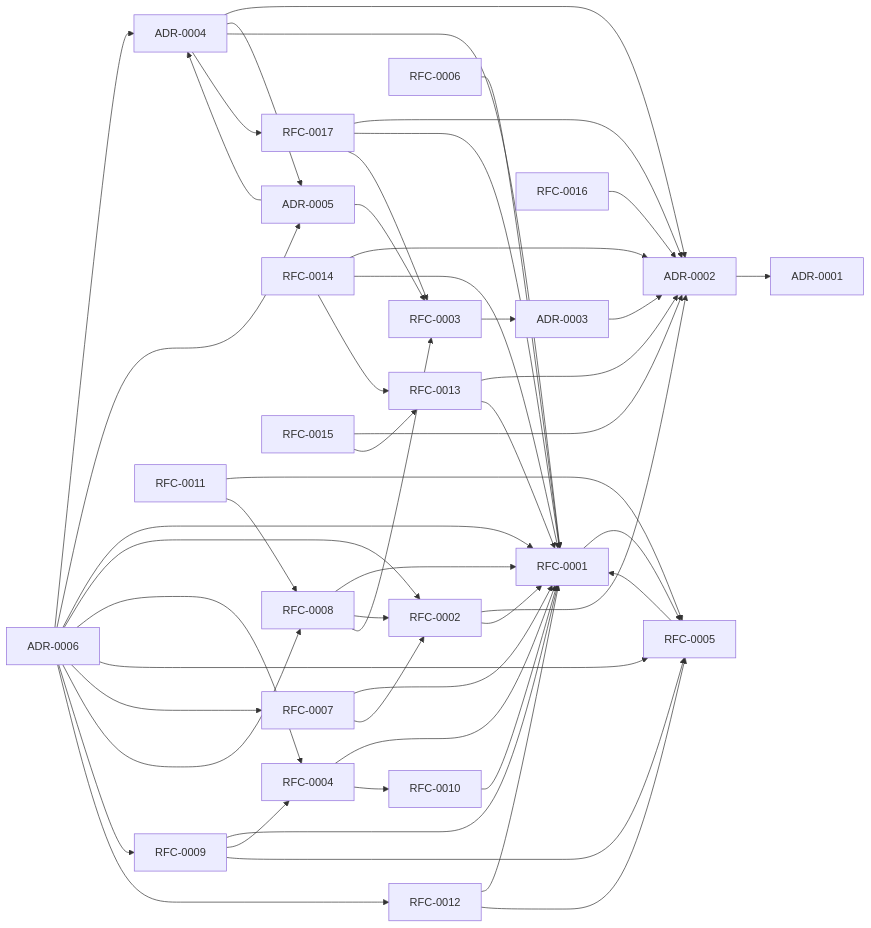
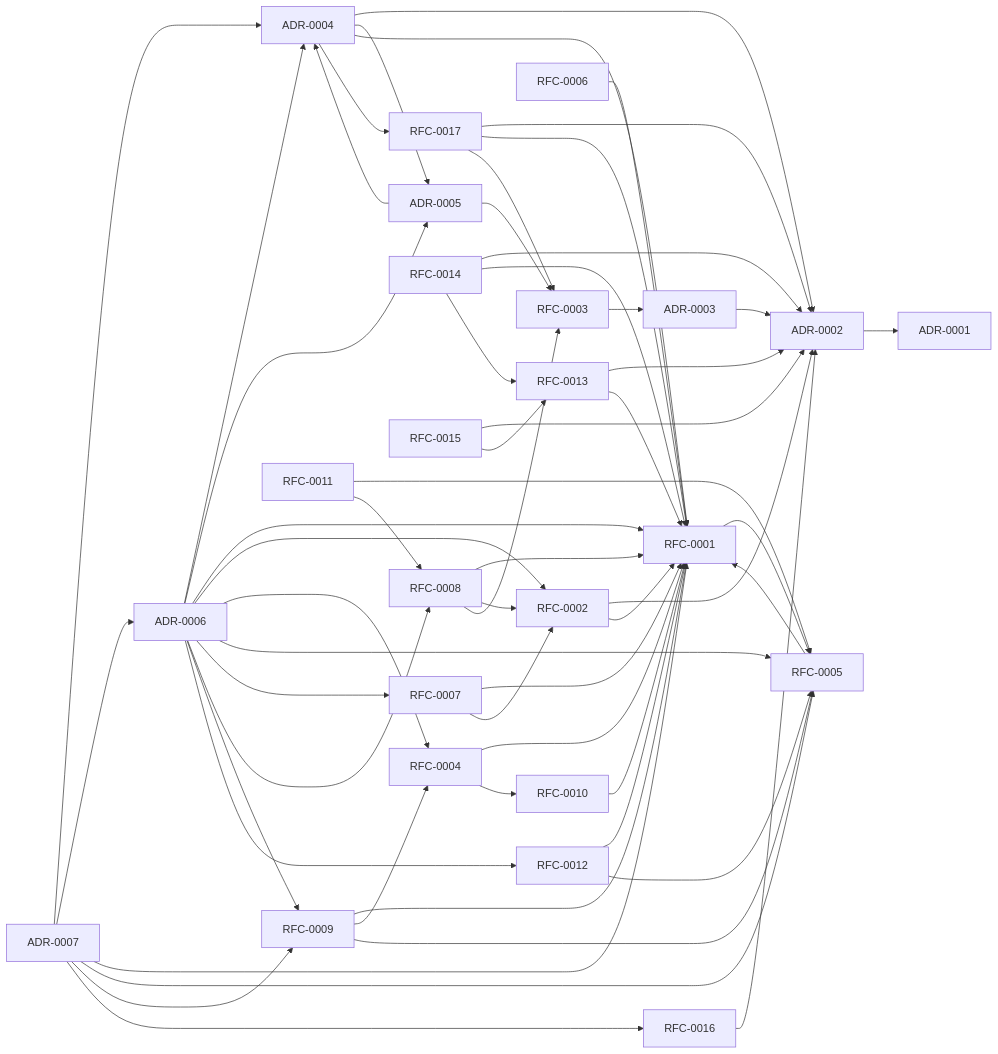
Before and after one commit to brilliantgibrann16/frontier-creative-os: the diagram in docs/derived/DOCUMENT_GRAPH.md, drawn with Mermaid. The commit also changed other lines of this file and 2 other files, not shown here.

Commit message:
docs(derived): complete mechanical regeneration for the ADR-0007 package (document graph, ID cross-reference, repository inventory)
Second half of the same build_docs.py regeneration recorded in the
previous commit — docs/decisions/ADR-*.md is a derivation source, so
all derived documents regenerate together (DOC_DERIVATION_CONVENTIONS
§5). Mechanically generated; deterministic; never hand-edited. No
source-document content changes in this commit.

Refs #7

```diff
--- a/docs/derived/DOCUMENT_GRAPH.md
+++ b/docs/derived/DOCUMENT_GRAPH.md
@@ -75,6 +76,7 @@
   ADR0004["ADR-0004"]
   ADR0005["ADR-0005"]
   ADR0006["ADR-0006"]
+  ADR0007["ADR-0007"]
   RFC0001["RFC-0001"]
   RFC0002["RFC-0002"]
   RFC0003["RFC-0003"]
@@ -110,6 +112,12 @@
   ADR0006 --> RFC0008
   ADR0006 --> RFC0009
   ADR0006 --> RFC0012
+  ADR0007 --> ADR0004
+  ADR0007 --> ADR0006
+  ADR0007 --> RFC0001
+  ADR0007 --> RFC0005
+  ADR0007 --> RFC0009
+  ADR0007 --> RFC0016
   RFC0001 --> RFC0005
   RFC0002 --> ADR0002
   RFC0002 --> RFC0001
```
